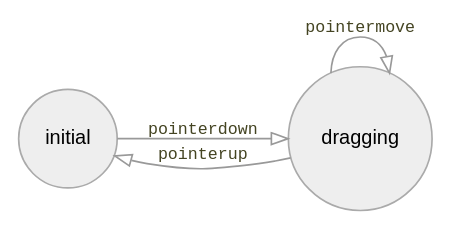
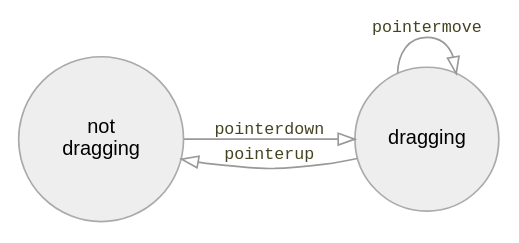
Before and after one commit to redblobgames/making-of-draggable: the first of 7 diagrams in index.org, drawn with Graphviz. The commit also changed other lines of this file and 2 other files, not shown here.

Commit message:
Feat: improve diagrams

```diff
--- a/index.org
+++ b/index.org
@@ -19,11 +19,11 @@
 #+begin_src dot :file build/state.svg :exports results
 digraph {
     node [fontname=Helvetica, fontsize=12, shape=circle, style=filled, color="#aaaaaa", fillcolor="#eeeeee"];
     edge [fontname=Courier, fontsize=10, fontcolor="#444422", color="#999999", fillcolor="#ffffff"];
     
     rankdir=LR;
-    initial -> dragging [label = "pointerdown"];
+    "not\ndragging" -> dragging [label = "pointerdown"];
     dragging -> dragging [label = "pointermove"];
-    dragging -> initial [label = "pointerup"];
+    dragging -> "not\ndragging" [label = "pointerup"];
 }
 #+end_src
```
